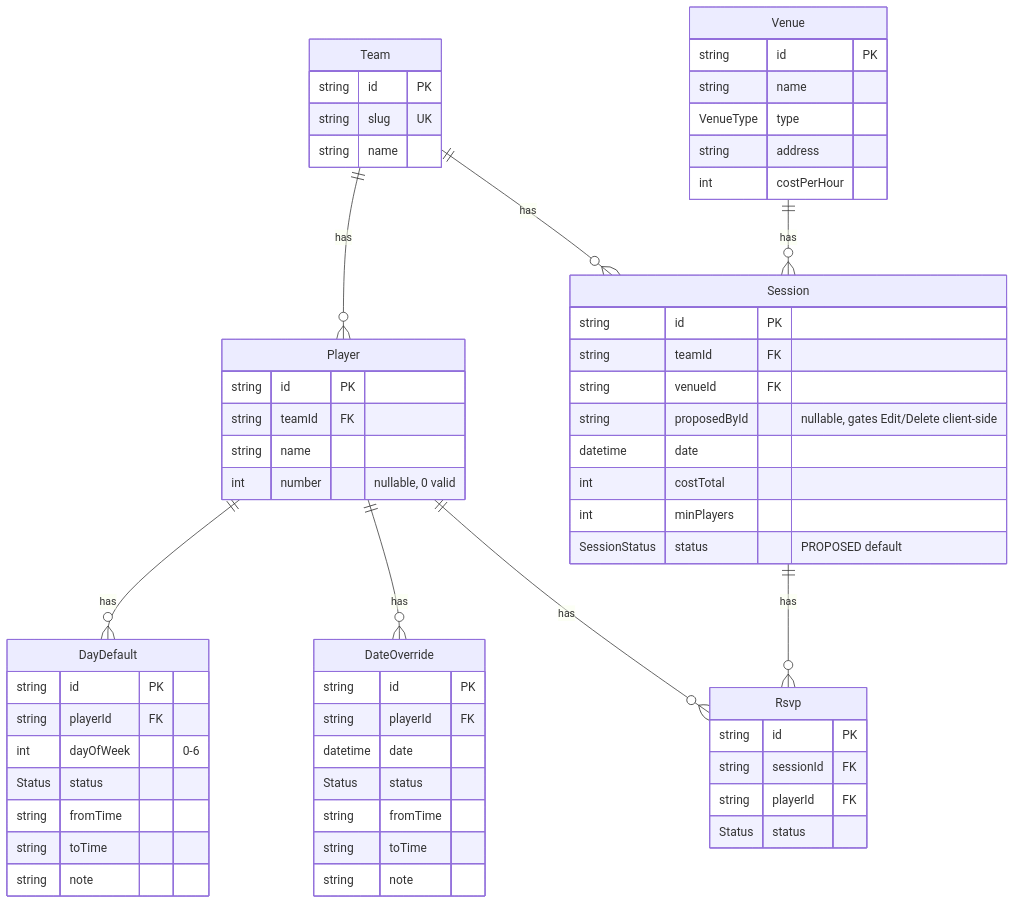
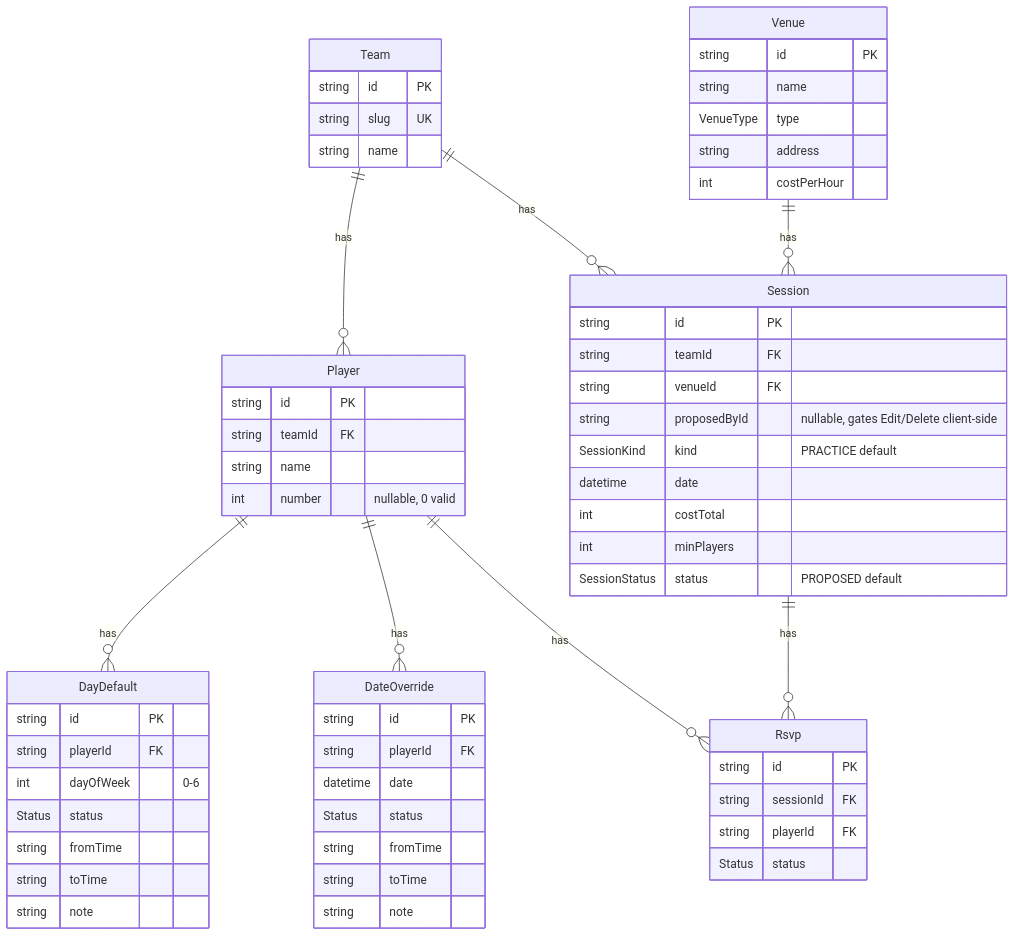
Before and after one commit to tmdbah/practice-runs: the third of 11 diagrams in context/practiceRuns-Architecture.md, drawn with Mermaid. The commit also changed other lines of this file and 16 other files, not shown here.

First line of the commit message:
feat: add session kind functionality with validation and UI updates

````diff
--- a/context/practiceRuns-Architecture.md
+++ b/context/practiceRuns-Architecture.md
@@ -93,63 +93,64 @@
 ```mermaid
 erDiagram
     Team ||--o{ Player : has
     Player ||--o{ DayDefault : has
     Player ||--o{ DateOverride : has
     Team ||--o{ Session : has
     Venue ||--o{ Session : has
     Session ||--o{ Rsvp : has
     Player ||--o{ Rsvp : has
 
     Team {
         string id PK
         string slug UK
         string name
     }
     Player {
         string id PK
         string teamId FK
         string name
         int number "nullable, 0 valid"
     }
     DayDefault {
         string id PK
         string playerId FK
         int dayOfWeek "0-6"
         Status status
         string fromTime
         string toTime
         string note
     }
     DateOverride {
         string id PK
         string playerId FK
         datetime date
         Status status
         string fromTime
         string toTime
         string note
     }
     Venue {
         string id PK
         string name
         VenueType type
         string address
         int costPerHour
     }
     Session {
         string id PK
         string teamId FK
         string venueId FK
         string proposedById "nullable, gates Edit/Delete client-side"
+        SessionKind kind "PRACTICE default"
         datetime date
         int costTotal
         int minPlayers
         SessionStatus status "PROPOSED default"
     }
     Rsvp {
         string id PK
         string sessionId FK
         string playerId FK
         Status status
     }
 ```
````
